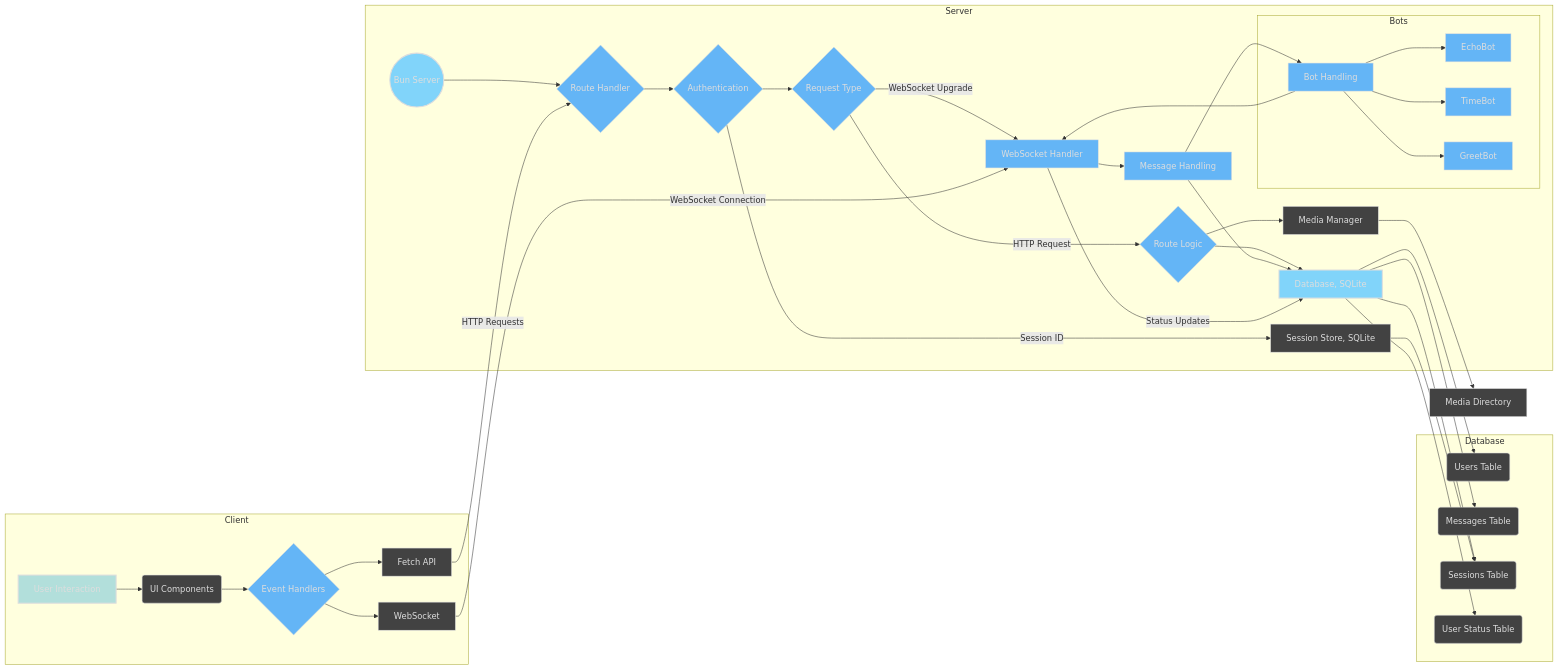
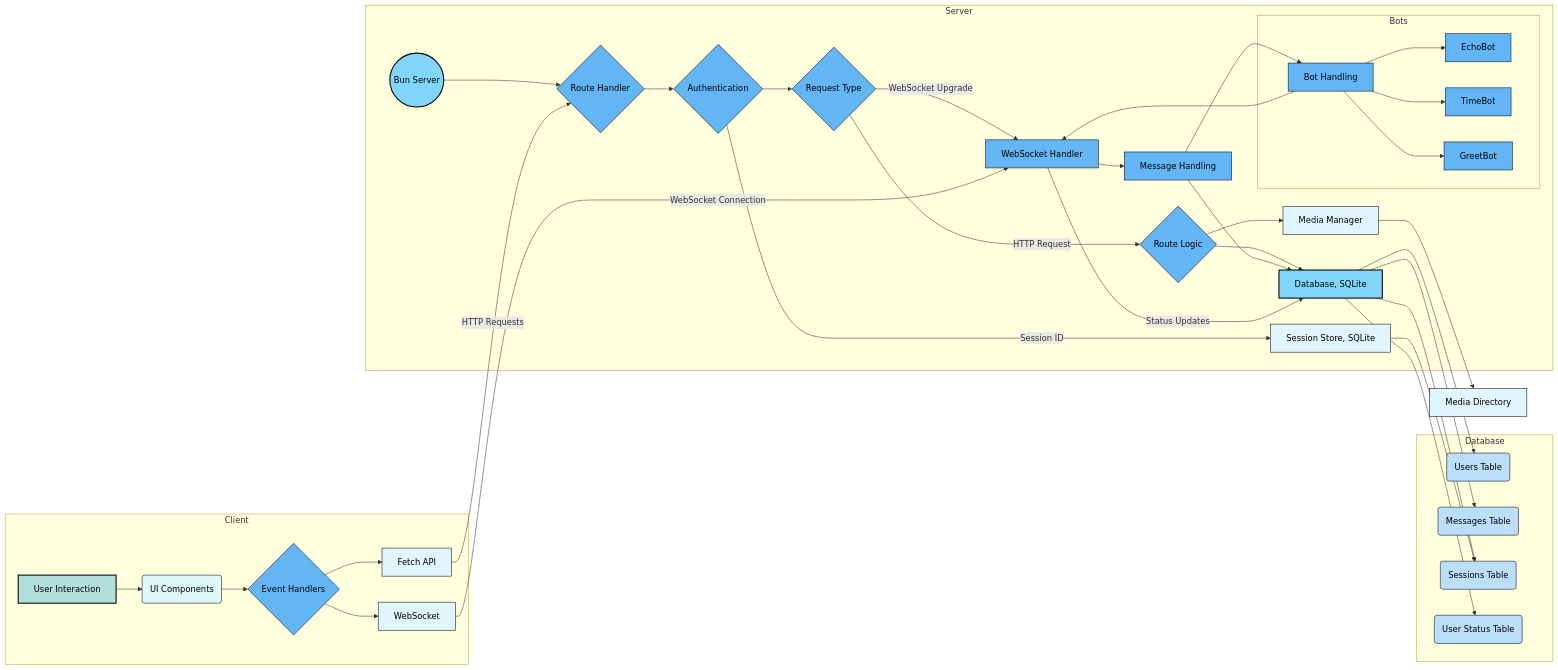
Before and after one commit to The-Best-Codes/chatter: the diagram in README.md, drawn with Mermaid.

Commit message:
fixed contrast

````diff
--- a/README.md
+++ b/README.md
@@ -13,68 +13,77 @@
 ```mermaid
 graph LR
     subgraph Client
         A[User Interaction] --> B(UI Components)
         B --> C{Event Handlers}
         C --> D[Fetch API]
         C --> E[WebSocket]
     end
 
     subgraph Server
         F((Bun Server)) --> G{Route Handler}
         G --> H{Authentication}
         H -- Session ID --> I[Session Store, SQLite]
         H --> J{Request Type}
 
         J -- HTTP Request --> K{Route Logic}
         K --> L[Database, SQLite]
         K --> M[Media Manager]
 
         J -- WebSocket Upgrade --> N[WebSocket Handler]
         N --> O[Message Handling]
         O --> L
         O --> P[Bot Handling]
         P --> N
         N -- Status Updates --> L
 
         subgraph Bots
             Q[EchoBot]
             R[TimeBot]
             S[GreetBot]
             P --> Q
             P --> R
             P --> S
         end
     end
 
     subgraph Database
         L --> T(Users Table)
         L --> U(Messages Table)
         L --> V(Sessions Table)
         L --> W(User Status Table)
         I --> V
     end
 
     D -- HTTP Requests --> G
     E -- WebSocket Connection --> N
 
     M --> X[Media Directory]
 
-    style A fill:#B2DFDB,stroke:#DDD,stroke-width:2px,color:#DDD
-    style F fill:#81D4FA,stroke:#DDD,stroke-width:2px,color:#DDD
-    style L fill:#81D4FA,stroke:#DDD,stroke-width:2px,color:#DDD
+    style A fill:#B2DFDB,stroke:#000000,stroke-width:2px,color:#000000
+    style B fill:#E0F7FA,stroke:#000000,stroke-width:1px,color:#000000
+    style C fill:#64B5F6,stroke:#000000,stroke-width:1px,color:#000000
+    style D fill:#E1F5FE,stroke:#000000,stroke-width:1px,color:#000000
+    style E fill:#E1F5FE,stroke:#000000,stroke-width:1px,color:#000000
 
-    classDef datafill fill:#424242,stroke:#DDD,stroke-width:1px,color:#DDD
-    class T,U,V,W datafill
+    style F fill:#81D4FA,stroke:#000000,stroke-width:2px,color:#000000
+    style G fill:#64B5F6,stroke:#000000,stroke-width:1px,color:#000000
+    style H fill:#64B5F6,stroke:#000000,stroke-width:1px,color:#000000
+    style I fill:#E1F5FE,stroke:#000000,stroke-width:1px,color:#000000
+    style J fill:#64B5F6,stroke:#000000,stroke-width:1px,color:#000000
+    style K fill:#64B5F6,stroke:#000000,stroke-width:1px,color:#000000
+    style L fill:#81D4FA,stroke:#000000,stroke-width:2px,color:#000000
+    style M fill:#E1F5FE,stroke:#000000,stroke-width:1px,color:#000000
+    style N fill:#64B5F6,stroke:#000000,stroke-width:1px,color:#000000
+    style O fill:#64B5F6,stroke:#000000,stroke-width:1px,color:#000000
+    style P fill:#64B5F6,stroke:#000000,stroke-width:1px,color:#000000
 
-    classDef processfill fill:#64B5F6,stroke:#DDD,stroke-width:1px,color:#DDD
-    class G,H,J,K,N,O,P processfill
-    class Q,R,S processfill
+    style Q fill:#64B5F6,stroke:#000000,stroke-width:1px,color:#000000
+    style R fill:#64B5F6,stroke:#000000,stroke-width:1px,color:#000000
+    style S fill:#64B5F6,stroke:#000000,stroke-width:1px,color:#000000
 
-    style B fill:#424242,stroke:#DDD,stroke-width:1px,color:#DDD
-    style C fill:#64B5F6,stroke:#DDD,stroke-width:1px,color:#DDD
-    style D fill:#424242,stroke:#DDD,stroke-width:1px,color:#DDD
-    style E fill:#424242,stroke:#DDD,stroke-width:1px,color:#DDD
-    style I fill:#424242,stroke:#DDD,stroke-width:1px,color:#DDD
-    style M fill:#424242,stroke:#DDD,stroke-width:1px,color:#DDD
-    style X fill:#424242,stroke:#DDD,stroke-width:1px,color:#DDD
+    style T fill:#BBDEFB,stroke:#000000,stroke-width:1px,color:#000000
+    style U fill:#BBDEFB,stroke:#000000,stroke-width:1px,color:#000000
+    style V fill:#BBDEFB,stroke:#000000,stroke-width:1px,color:#000000
+    style W fill:#BBDEFB,stroke:#000000,stroke-width:1px,color:#000000
+    style X fill:#E1F5FE,stroke:#000000,stroke-width:1px,color:#000000
 ```
````
